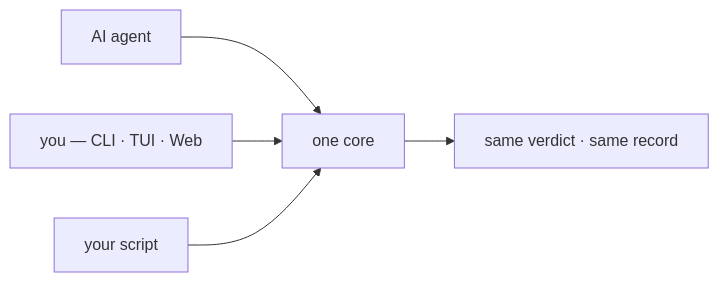
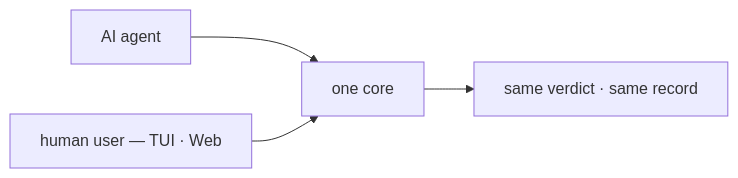
Before and after one commit to WoobeenJeong/STATOP_public: the first of 3 diagrams in README.md, drawn with Mermaid. The commit also changed other lines of this file, not shown here.

First line of the commit message:
docs: name the two sides — AI agent and human user

````diff
--- a/README.md
+++ b/README.md
@@ -15,7 +15,6 @@
 ```mermaid
 flowchart LR
   A["AI agent"] --> C["one core"]
-  B["you — CLI · TUI · Web"] --> C
-  D["your script"] --> C
+  B["human user — TUI · Web"] --> C
   C --> E["same verdict · same record"]
 ```
````
